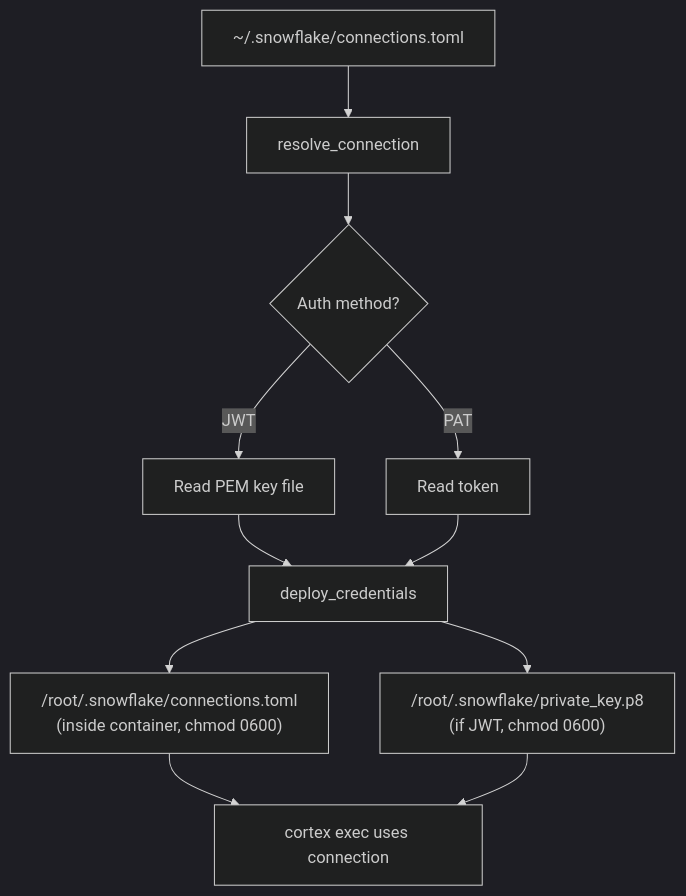
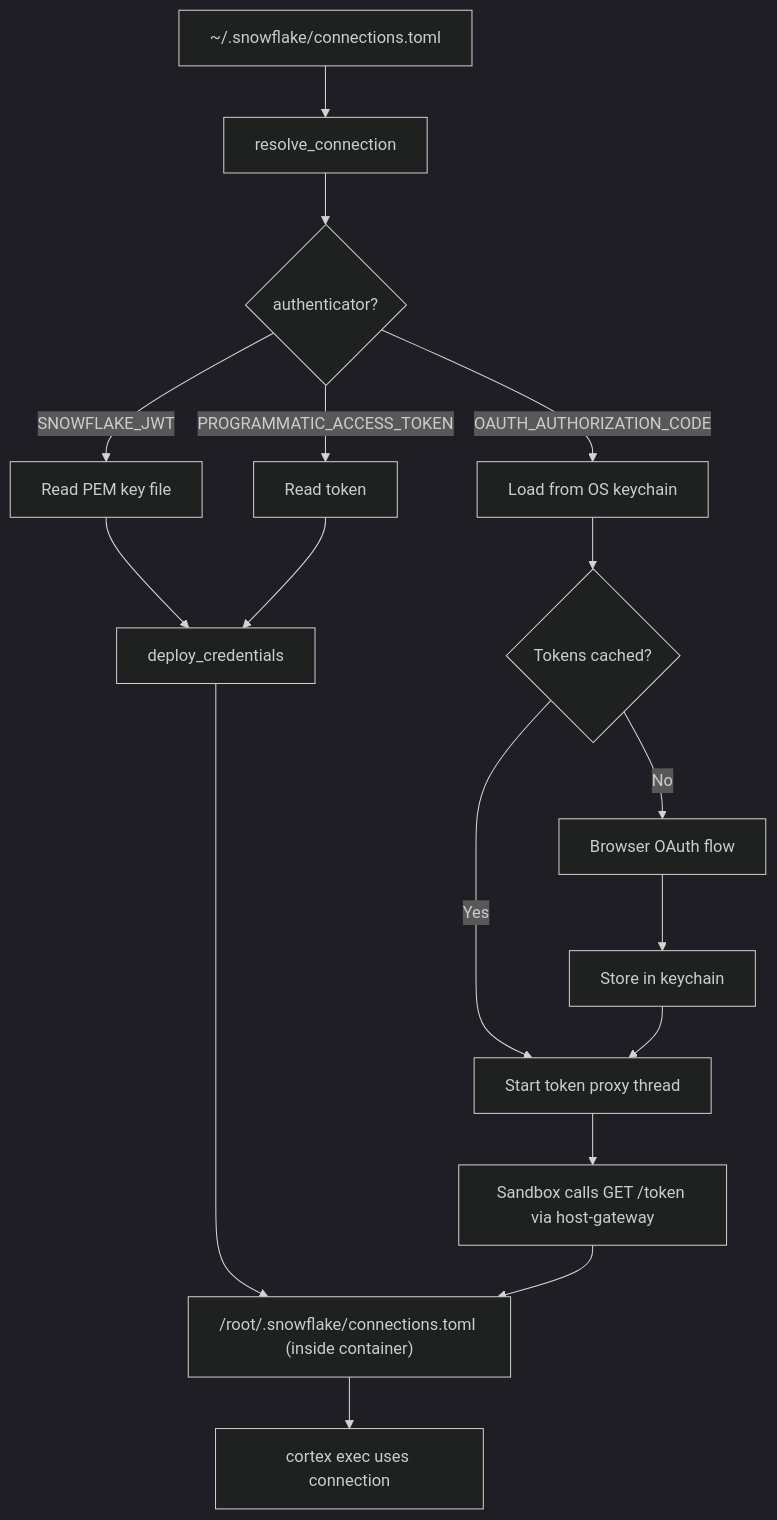
One commit to kameshsampath/inspect-coco changed the second of 5 diagrams in docs/architecture.md. Above: the diagram before and after it, drawn with Mermaid (dark theme). The commit also changed other lines of this file and 41 other files, not shown here.

First line of the commit message:
feat: add OAuth token proxy with keyring storage and host-process architecture (#2)

````diff
--- a/docs/architecture.md
+++ b/docs/architecture.md
@@ -35,13 +35,22 @@
 ```mermaid
 flowchart TD
     A["~/.snowflake/connections.toml"] --> B[resolve_connection]
-    B --> C{Auth method?}
-    C -->|JWT| D[Read PEM key file]
-    C -->|PAT| E[Read token]
-    D --> F[deploy_credentials]
-    E --> F
-    F --> G["/root/.snowflake/connections.toml<br/>(inside container, chmod 0600)"]
-    F --> H["/root/.snowflake/private_key.p8<br/>(if JWT, chmod 0600)"]
-    G --> I[cortex exec uses connection]
-    H --> I
+    B --> C{authenticator?}
+    C -->|OAUTH_AUTHORIZATION_CODE| D[Load from OS keychain]
+    C -->|SNOWFLAKE_JWT| E[Read PEM key file]
+    C -->|PROGRAMMATIC_ACCESS_TOKEN| F[Read token]
+
+    D --> G{Tokens cached?}
+    G -->|Yes| H[Start token proxy thread]
+    G -->|No| I[Browser OAuth flow]
+    I --> J[Store in keychain]
+    J --> H
+
+    E --> K[deploy_credentials]
+    F --> K
+    H --> L["Sandbox calls GET /token via host-gateway"]
+
+    K --> M["/root/.snowflake/connections.toml (inside container)"]
+    L --> M
+    M --> N[cortex exec uses connection]
 ```
````
